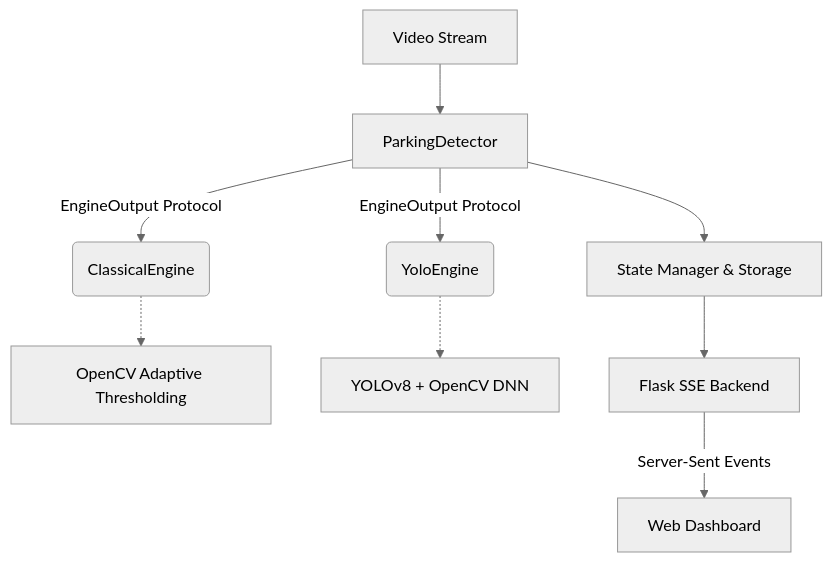
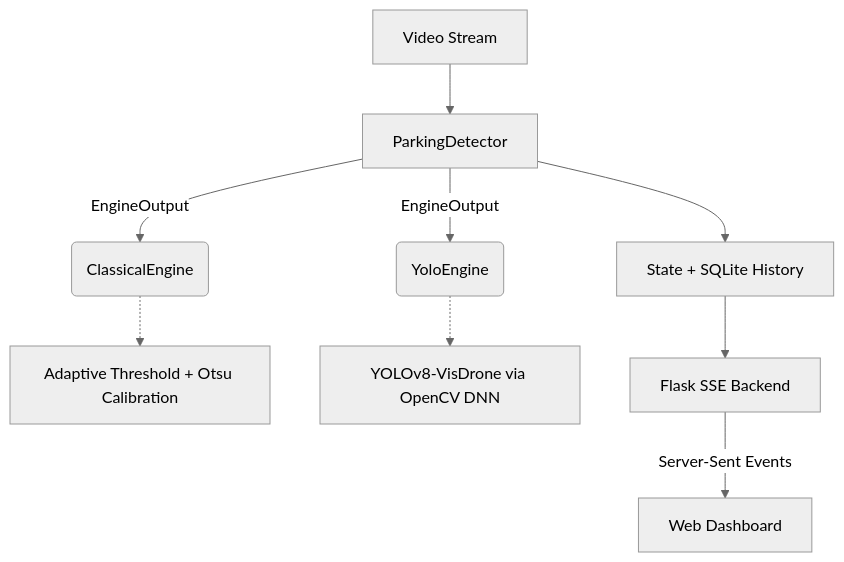
Before and after one commit to Gaurang154/car-parking-detection: the diagram in README.md, drawn with Mermaid (neutral theme). The commit also changed other lines of this file and 4 other files, not shown here.

First line of the commit message:
feat: working YOLO engine via VisDrone aerial model

````diff
--- a/README.md
+++ b/README.md
@@ -27,11 +50,11 @@
 ```mermaid
 graph TD
     A[Video Stream] --> B[ParkingDetector]
-    B -->|EngineOutput Protocol| C(ClassicalEngine)
-    B -->|EngineOutput Protocol| D(YoloEngine)
-    C -.-> E[OpenCV Adaptive Thresholding]
-    D -.-> F[YOLOv8 + OpenCV DNN]
-    B --> G[State Manager & Storage]
+    B -->|EngineOutput| C(ClassicalEngine)
+    B -->|EngineOutput| D(YoloEngine)
+    C -.-> E[Adaptive Threshold + Otsu Calibration]
+    D -.-> F[YOLOv8-VisDrone via OpenCV DNN]
+    B --> G[State + SQLite History]
     G --> H[Flask SSE Backend]
     H -->|Server-Sent Events| I[Web Dashboard]
 ```
````
